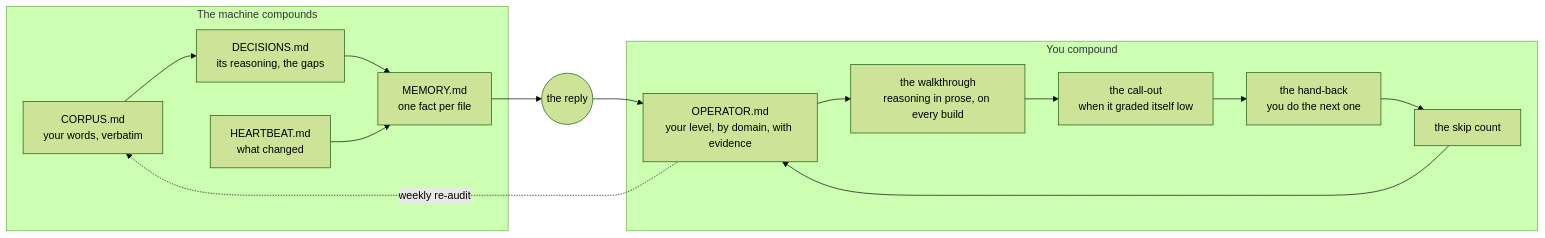
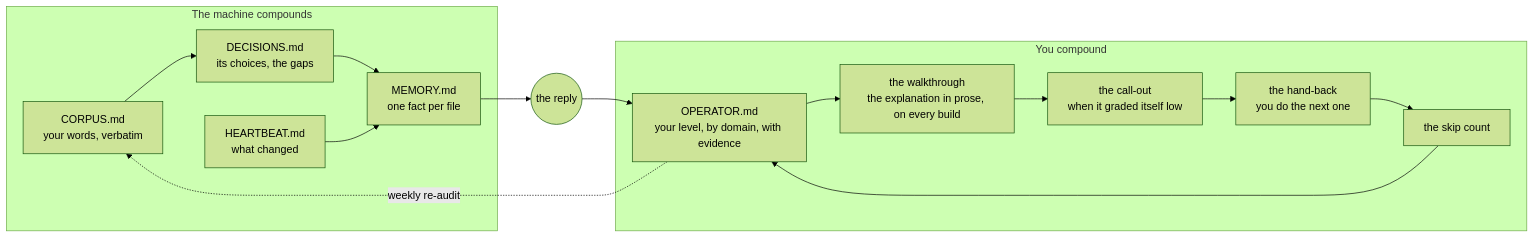
One commit to EddyRLora/optimize-the-human changed the diagram in README.md. Above: the diagram before and after it, drawn with Mermaid (forest theme). The commit also changed other lines of this file and 12 other files, not shown here.

````diff
--- a/README.md
+++ b/README.md
@@ -53,18 +53,18 @@
 ```mermaid
 flowchart LR
     subgraph M[The machine compounds]
-        C[CORPUS.md<br/>your words, verbatim] --> D[DECISIONS.md<br/>its reasoning, the gaps]
+        C[CORPUS.md<br/>your words, verbatim] --> D[DECISIONS.md<br/>its choices, the gaps]
         D --> MEM[MEMORY.md<br/>one fact per file]
         H[HEARTBEAT.md<br/>what changed] --> MEM
     end
     subgraph Y[You compound]
-        O[OPERATOR.md<br/>your level, by domain, with evidence] --> T[the walkthrough<br/>reasoning in prose, on every build]
+        O[OPERATOR.md<br/>your level, by domain, with evidence] --> T[the walkthrough<br/>the explanation in prose, on every build]
         T --> K[the call-out<br/>when it graded itself low]
         K --> HB[the hand-back<br/>you do the next one]
         HB --> S[the skip count]
         S --> O
     end
     MEM --> REPLY((the reply))
     REPLY --> O
     O -.weekly re-audit.-> C
 ```
````
